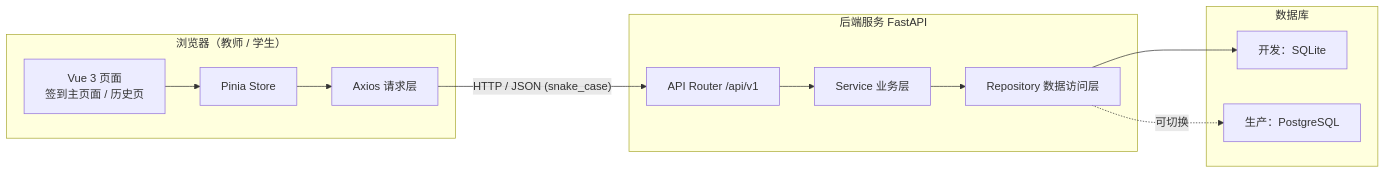
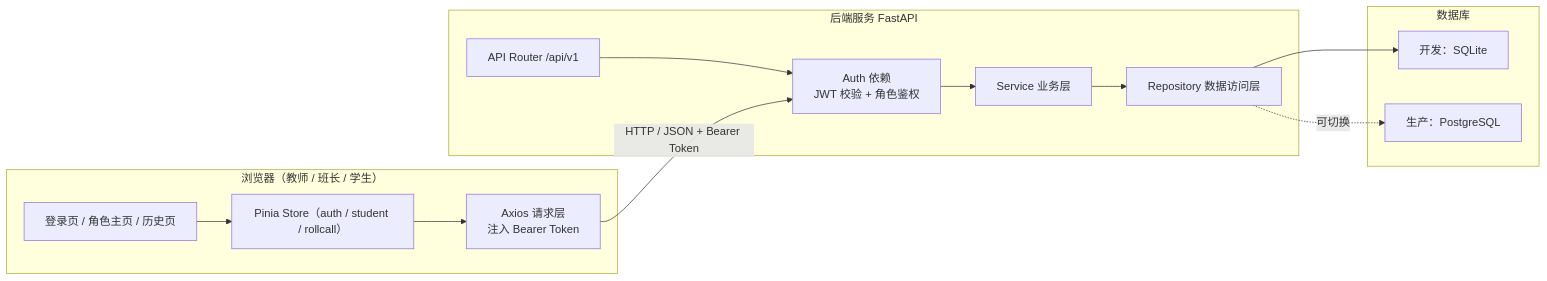
Before and after one commit to sparrow-max/teachers-treasure: the first of 2 diagrams in docs/总体架构.md, drawn with Mermaid. The commit also changed other lines of this file and 5 other files, not shown here.

````diff
--- a/docs/总体架构.md
+++ b/docs/总体架构.md
@@ -67,25 +74,27 @@
 ```mermaid
 flowchart LR
-    subgraph Browser["浏览器（教师 / 学生）"]
-        UI["Vue 3 页面<br/>签到主页面 / 历史页"]
-        Store["Pinia Store"]
-        API["Axios 请求层"]
+    subgraph Browser["浏览器（教师 / 班长 / 学生）"]
+        UI["登录页 / 角色主页 / 历史页"]
+        Store["Pinia Store（auth / student / rollcall）"]
+        API["Axios 请求层<br/>注入 Bearer Token"]
         UI --> Store --> API
     end
 
     subgraph Server["后端服务 FastAPI"]
+        Auth["Auth 依赖<br/>JWT 校验 + 角色鉴权"]
         Router["API Router /api/v1"]
         Service["Service 业务层"]
         Repo["Repository 数据访问层"]
-        Router --> Service --> Repo
+        Router --> Auth
+        Auth --> Service --> Repo
     end
 
     subgraph DB["数据库"]
         SQLite["开发：SQLite"]
         PG["生产：PostgreSQL"]
     end
 
-    API -- "HTTP / JSON (snake_case)" --> Router
+    API -- "HTTP / JSON + Bearer Token" --> Auth
     Repo --> SQLite
     Repo -. "可切换" .-> PG
 ```
````
